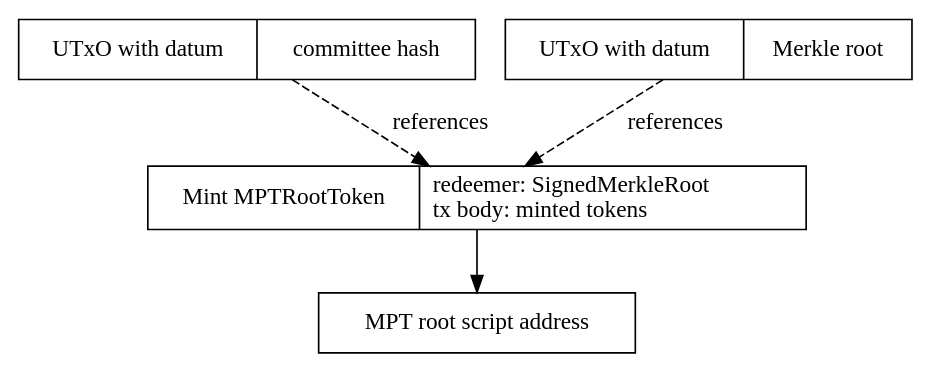
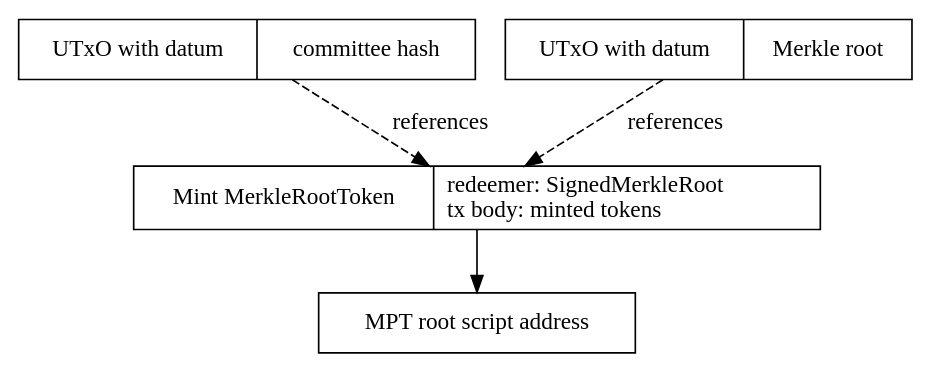
One commit to input-output-hk/partner-chains-smart-contracts changed the diagram in docs/Spec/MPTRoot.dot. Above: the diagram before and after it, drawn with Graphviz. The commit also changed 31 other files, not shown here.

Commit message:
Refactored `MPTRoot` to `MerkleRoot`, `mptRoot` to `merkleRoot`, `MptRoot` to `MerkleRoot`, and `MPT` to `Merkle`. Also, updated the onchain scripts to correspond to the new renamed script.

```diff
--- a/docs/Spec/MPTRoot.dot
+++ b/docs/Spec/MPTRoot.dot
@@ -1,28 +1,28 @@
 strict digraph {
   node [shape=record]
 
 //  atmsVKey [
 //    label = "UTxO with datum | ATMS verification key"
 //    ]
 
   atmsVKey [
     label = "UTxO with datum | committee hash"
     ]
 
-  lastMPTRoot [
+  lastMerkleRoot [
     label = "UTxO with datum | Merkle root"
     ]
 
   mintToken [label =
-    "Mint MPTRootToken |
+    "Mint MerkleRootToken |
       redeemer: SignedMerkleRoot \l
       tx body: minted tokens\l
     "]
 
-  mptRootAddr [label = "MPT root script address"]
+  merkleRootAddr [label = "MPT root script address"]
 
   atmsVKey -> mintToken [style = dashed, label = "references"]
-  lastMPTRoot -> mintToken [style = dashed, label = "references"]
-  mintToken -> mptRootAddr
+  lastMerkleRoot -> mintToken [style = dashed, label = "references"]
+  mintToken -> merkleRootAddr
 
 }
```
